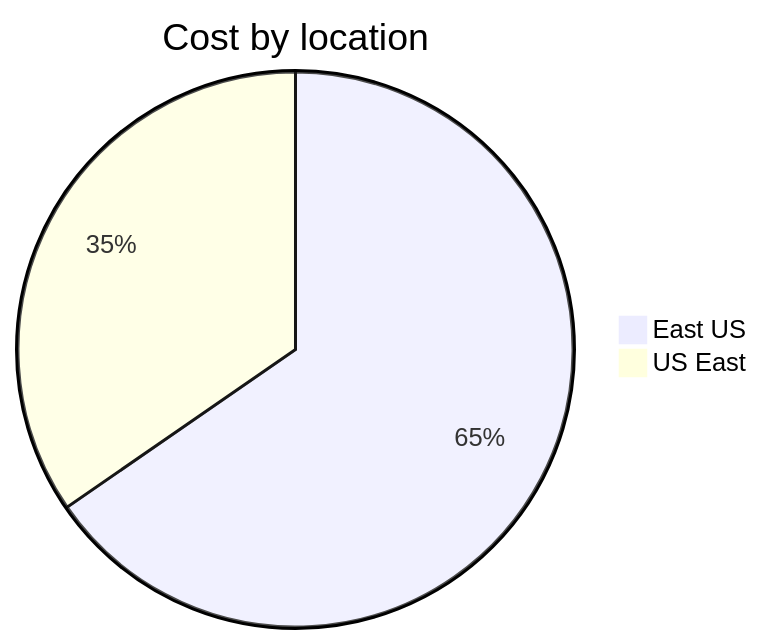
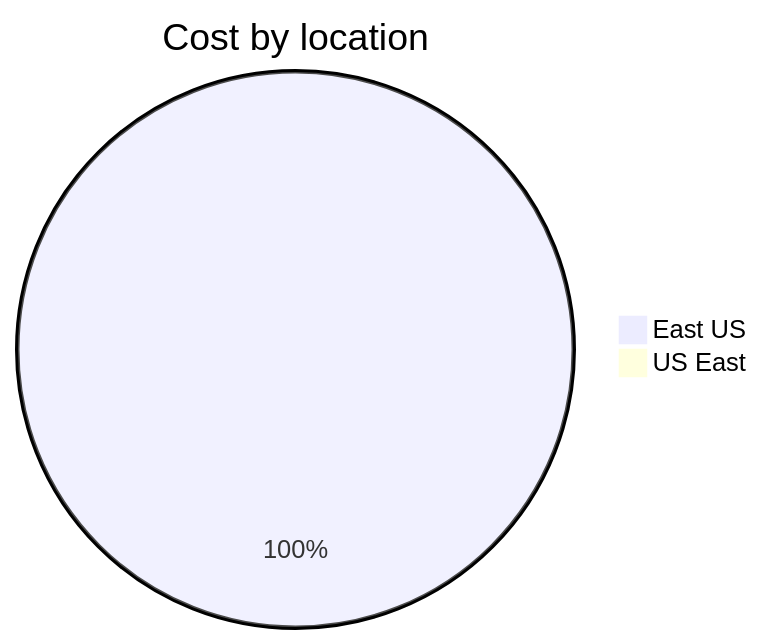
The third of 4 diagrams in cost-reports/cloud-shell-storage-eastus/cs2100300008c8d894b.md (jpfulton/azure-personal-reports), drawn with Mermaid before and after one commit. The commit also changed other lines of this file and 1 other file, not shown here.

````diff
--- a/cost-reports/cloud-shell-storage-eastus/cs2100300008c8d894b.md
+++ b/cost-reports/cloud-shell-storage-eastus/cs2100300008c8d894b.md
@@ -108,6 +108,6 @@
 ```mermaid
 pie
    title Cost by location
-   "East US" : 0.17
-   "US East" : 0.09
+   "East US" : 0.27
+   "US East" : 0.00
 ```
````
